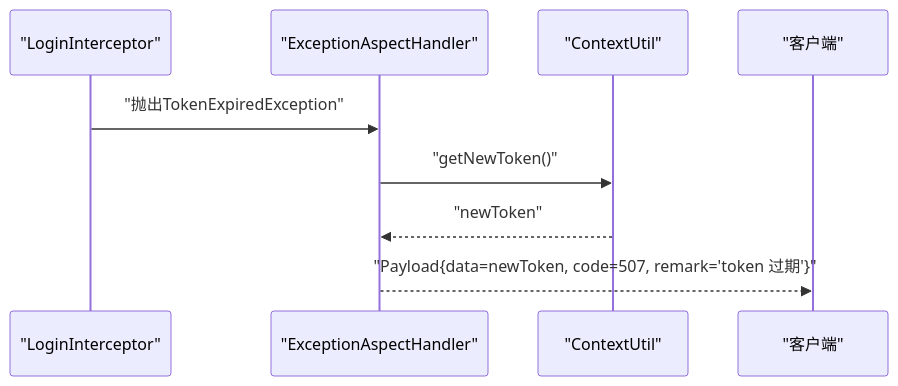
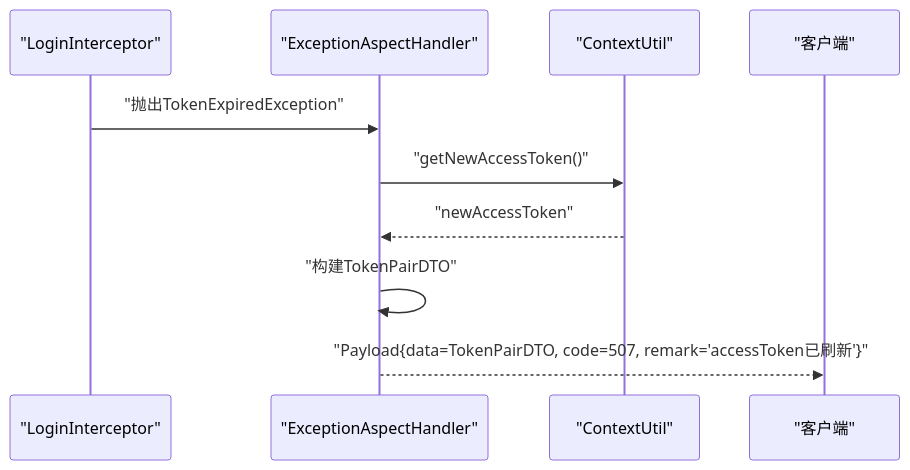
Before and after one commit to liftp/chat_simple: the seventh of 9 diagrams in .qoder/repowiki/zh/content/安全与认证/权限拦截器.md, drawn with Mermaid. The commit also changed other lines of this file and 6 other files, not shown here.

````diff
--- a/.qoder/repowiki/zh/content/安全与认证/权限拦截器.md
+++ b/.qoder/repowiki/zh/content/安全与认证/权限拦截器.md
@@ -309,11 +376,12 @@
 ```mermaid
 sequenceDiagram
 participant Inter as "LoginInterceptor"
 participant Ex as "ExceptionAspectHandler"
 participant CTX as "ContextUtil"
 participant Client as "客户端"
 Inter->>Ex : "抛出TokenExpiredException"
-Ex->>CTX : "getNewToken()"
-CTX-->>Ex : "newToken"
-Ex-->>Client : "Payload{data=newToken, code=507, remark='token 过期'}"
+Ex->>CTX : "getNewAccessToken()"
+CTX-->>Ex : "newAccessToken"
+Ex->>Ex : "构建TokenPairDTO"
+Ex-->>Client : "Payload{data=TokenPairDTO, code=507, remark='accessToken已刷新'}"
 ```
````
